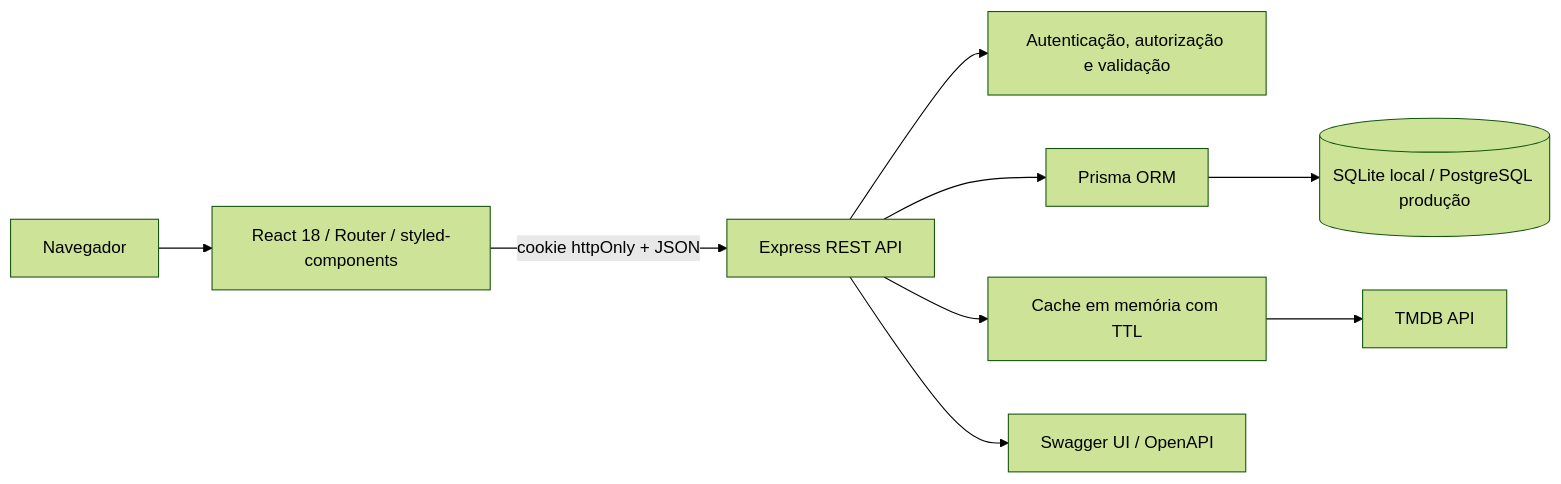
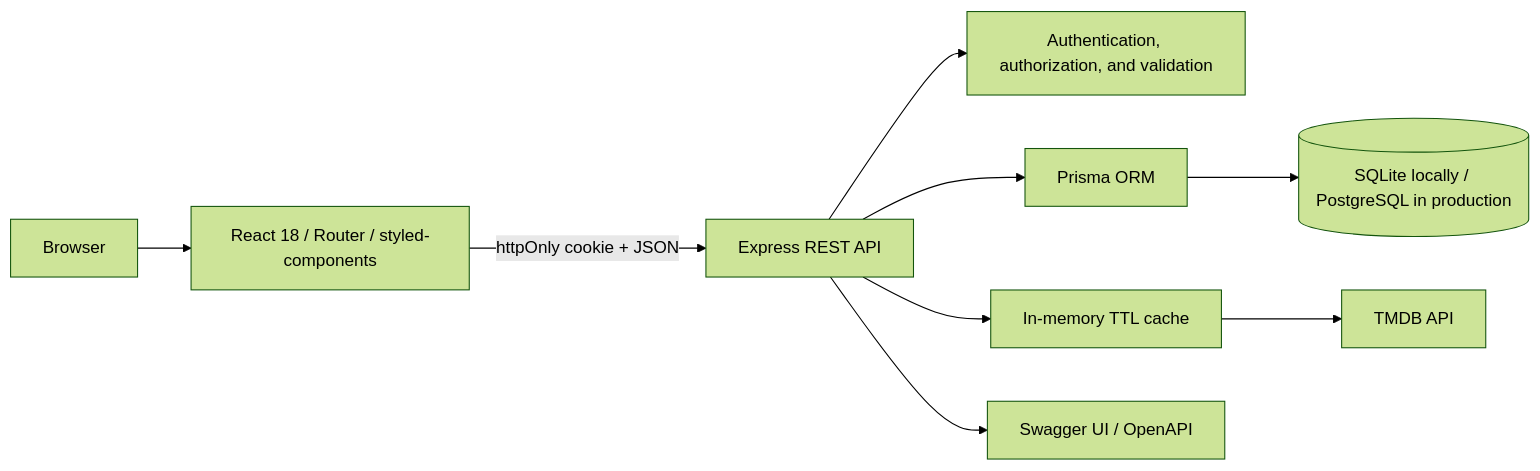
Before and after one commit to Lime4idan/api-filme-react: the diagram in README.md, drawn with Mermaid (forest theme). The commit also changed other lines of this file and 67 other files, not shown here.

````diff
--- a/README.md
+++ b/README.md
@@ -28,11 +26,11 @@
 ```mermaid
 flowchart LR
-    U["Navegador"] --> C["React 18 / Router / styled-components"]
-    C -->|"cookie httpOnly + JSON"| A["Express REST API"]
-    A --> S["Autenticação, autorização e validação"]
+    U["Browser"] --> C["React 18 / Router / styled-components"]
+    C -->|"httpOnly cookie + JSON"| A["Express REST API"]
+    A --> S["Authentication, authorization, and validation"]
     A --> P["Prisma ORM"]
-    P --> D[("SQLite local / PostgreSQL produção")]
-    A --> K["Cache em memória com TTL"]
+    P --> D[("SQLite locally / PostgreSQL in production")]
+    A --> K["In-memory TTL cache"]
     K --> T["TMDB API"]
     A --> W["Swagger UI / OpenAPI"]
 ```
````
